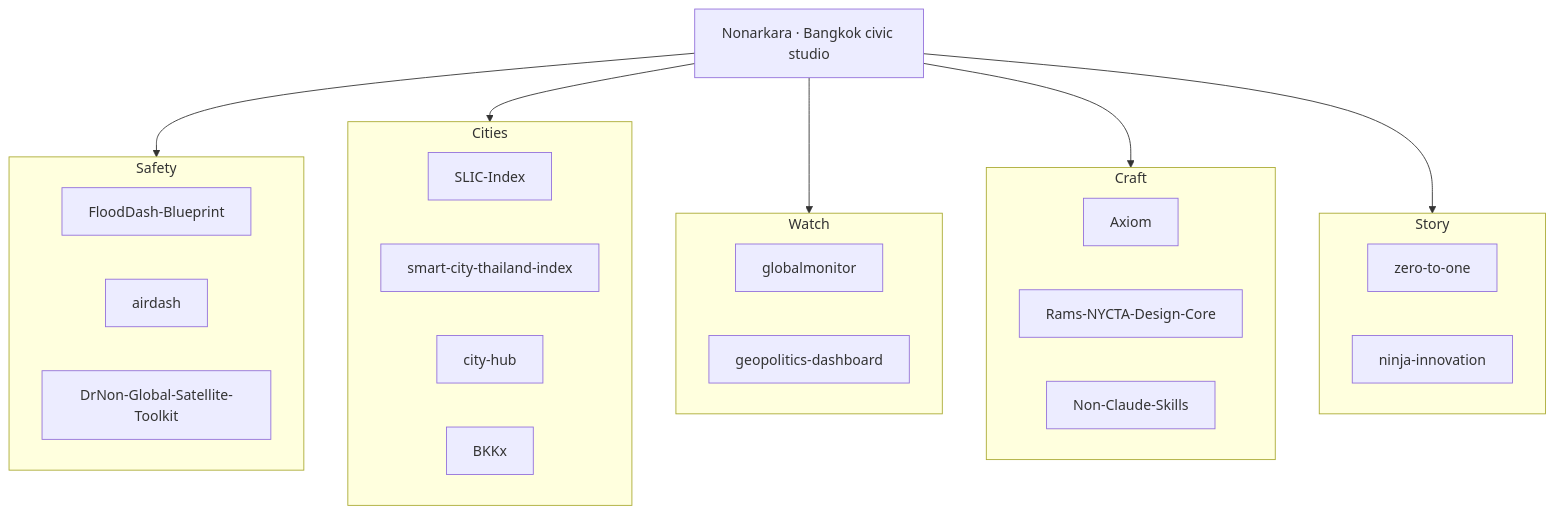
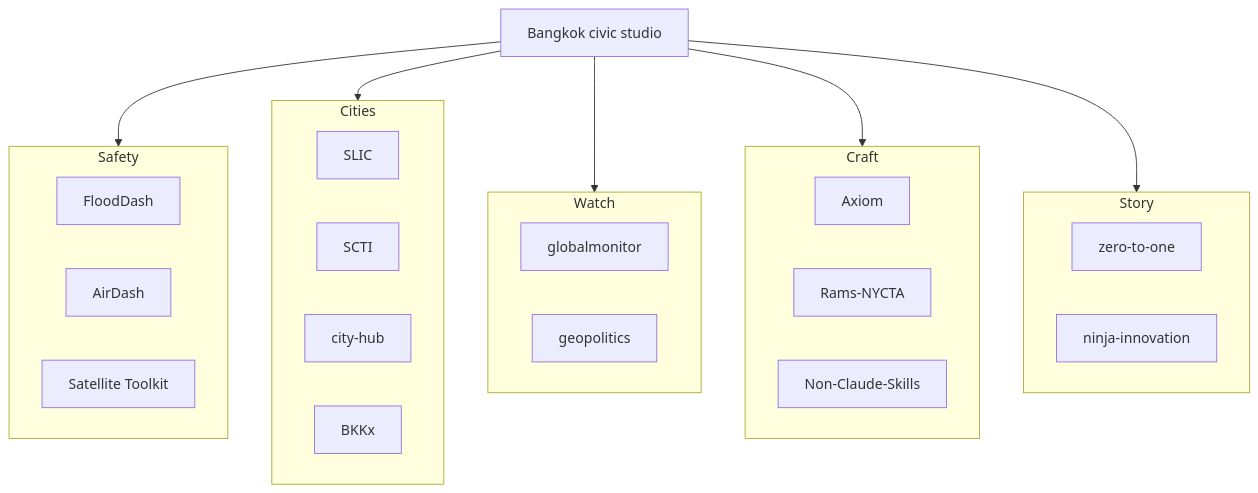
Before and after one commit to Nonarkara/Nonarkara: the second of 2 diagrams in README.md, drawn with Mermaid. The commit also changed other lines of this file, not shown here.

First line of the commit message:
Tighten mermaid labels so GitHub diagrams stay readable.

````diff
--- a/README.md
+++ b/README.md
@@ -79,39 +79,39 @@
 ```mermaid
 flowchart TB
-  STUDIO["Nonarkara · Bangkok civic studio"]
+  STUDIO["Bangkok civic studio"]
 
   subgraph Safety["Safety"]
-    FD["FloodDash-Blueprint"]
-    AD["airdash"]
-    SAT["DrNon-Global-Satellite-Toolkit"]
+    FD["FloodDash"]
+    AD["AirDash"]
+    SAT["Satellite Toolkit"]
   end
 
   subgraph Cities["Cities"]
-    SLIC["SLIC-Index"]
-    SCTI["smart-city-thailand-index"]
+    SLIC["SLIC"]
+    SCTI["SCTI"]
     CH["city-hub"]
     BKK["BKKx"]
   end
 
   subgraph Watch["Watch"]
     GM["globalmonitor"]
-    GEO["geopolitics-dashboard"]
+    GEO["geopolitics"]
   end
 
   subgraph Craft["Craft"]
     AX["Axiom"]
-    RAMS["Rams-NYCTA-Design-Core"]
+    RAMS["Rams-NYCTA"]
     SK["Non-Claude-Skills"]
   end
 
   subgraph Story["Story"]
     Z21["zero-to-one"]
     NJ["ninja-innovation"]
   end
 
   STUDIO --> Safety
   STUDIO --> Cities
   STUDIO --> Watch
   STUDIO --> Craft
   STUDIO --> Story
 ```
````
